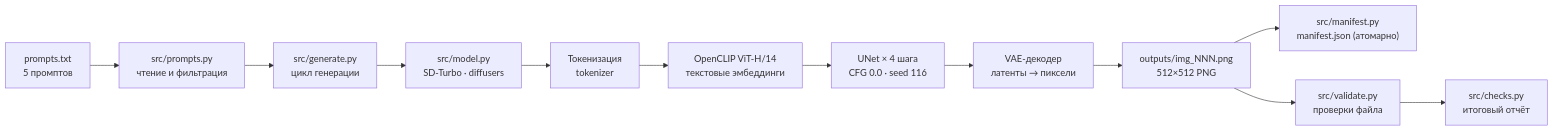
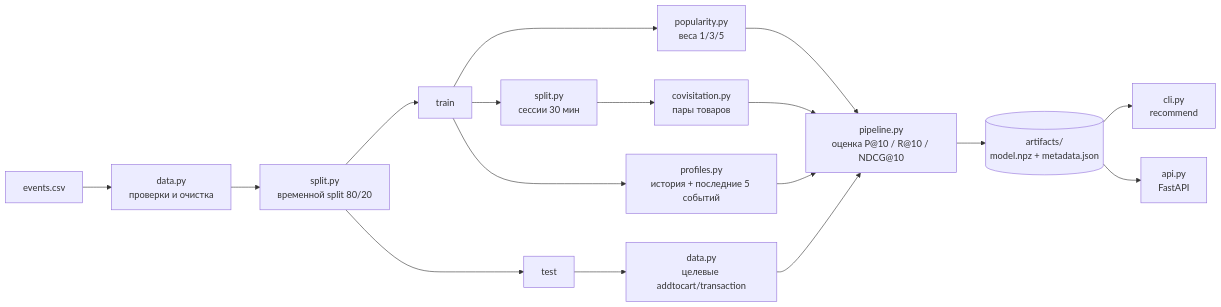
Before and after one commit to Ilia-sharp/SII-LR06-Nazdratenko: the diagram in ARCHITECTURE.md, drawn with Mermaid. The commit also changed other lines of this file and 50 other files, not shown here.

````diff
--- a/ARCHITECTURE.md
+++ b/ARCHITECTURE.md
@@ -8,14 +5,19 @@
 ```mermaid
 flowchart LR
-    A["prompts.txt<br/>5 промптов"] --> B["src/prompts.py<br/>чтение и фильтрация"]
-    B --> C["src/generate.py<br/>цикл генерации"]
-    C --> D["src/model.py<br/>SD-Turbo · diffusers"]
-    D --> D1["Токенизация<br/>tokenizer"]
-    D1 --> D2["OpenCLIP ViT-H/14<br/>текстовые эмбеддинги"]
-    D2 --> D3["UNet × 4 шага<br/>CFG 0.0 · seed 116"]
-    D3 --> D4["VAE-декодер<br/>латенты → пиксели"]
-    D4 --> E["outputs/img_NNN.png<br/>512×512 PNG"]
-    E --> F["src/manifest.py<br/>manifest.json (атомарно)"]
-    E --> G["src/validate.py<br/>проверки файла"]
-    G --> H["src/checks.py<br/>итоговый отчёт"]
+    A[events.csv] --> B[data.py<br/>проверки и очистка]
+    B --> C[split.py<br/>временной split 80/20]
+    C --> D[train]
+    C --> T[test]
+    D --> E[popularity.py<br/>веса 1/3/5]
+    D --> F[split.py<br/>сессии 30 мин]
+    F --> G[covisitation.py<br/>пары товаров]
+    D --> H[profiles.py<br/>история + последние 5 событий]
+    T --> I[data.py<br/>целевые addtocart/transaction]
+    E --> J[pipeline.py<br/>оценка P@10 / R@10 / NDCG@10]
+    G --> J
+    H --> J
+    I --> J
+    J --> K[(artifacts/<br/>model.npz + metadata.json)]
+    K --> L[cli.py<br/>recommend]
+    K --> M[api.py<br/>FastAPI]
 ```
````
